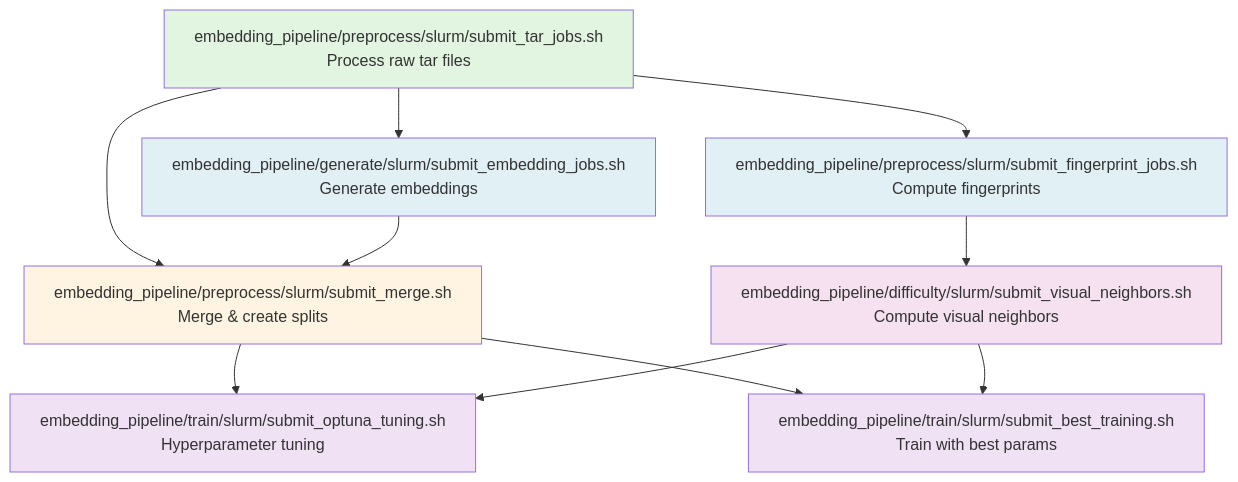
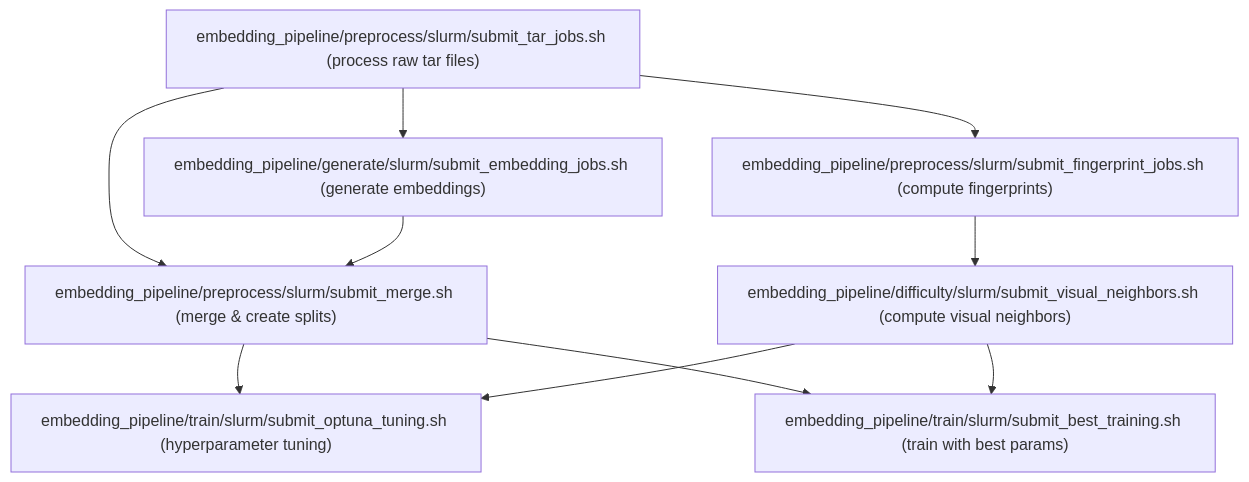
The diagram in README.md (alexwolson/spatial-building-embeddings), drawn with Mermaid before and after one commit. The commit also changed other lines of this file and 36 other files, not shown here.

````diff
--- a/README.md
+++ b/README.md
@@ -31,35 +39,27 @@
 ```mermaid
 flowchart TD
-    A[embedding_pipeline/preprocess/slurm/submit_tar_jobs.sh<br/>Process raw tar files]
+    A["embedding_pipeline/preprocess/slurm/submit_tar_jobs.sh (process raw tar files)"]
     
-    B[embedding_pipeline/preprocess/slurm/submit_fingerprint_jobs.sh<br/>Compute fingerprints]
-    C[embedding_pipeline/generate/slurm/submit_embedding_jobs.sh<br/>Generate embeddings]
+    B["embedding_pipeline/preprocess/slurm/submit_fingerprint_jobs.sh (compute fingerprints)"]
+    C["embedding_pipeline/generate/slurm/submit_embedding_jobs.sh (generate embeddings)"]
     
-    D[embedding_pipeline/preprocess/slurm/submit_merge.sh<br/>Merge & create splits]
+    D["embedding_pipeline/preprocess/slurm/submit_merge.sh (merge & create splits)"]
     
-    E[embedding_pipeline/difficulty/slurm/submit_visual_neighbors.sh<br/>Compute visual neighbors]
+    E["embedding_pipeline/difficulty/slurm/submit_visual_neighbors.sh (compute visual neighbors)"]
     
-    F[embedding_pipeline/train/slurm/submit_optuna_tuning.sh<br/>Hyperparameter tuning]
-    G[embedding_pipeline/train/slurm/submit_best_training.sh<br/>Train with best params]
+    F["embedding_pipeline/train/slurm/submit_optuna_tuning.sh (hyperparameter tuning)"]
+    G["embedding_pipeline/train/slurm/submit_best_training.sh (train with best params)"]
     
     A --> B
     A --> C
     A --> D
     C --> D
     
     B --> E
     
     D --> F
     D --> G
     
     E --> F
     E --> G
-    
-    style A fill:#e1f5e1
-    style B fill:#e1f0f5
-    style C fill:#e1f0f5
-    style D fill:#fff4e1
-    style E fill:#f5e1f0
-    style F fill:#f0e1f5
-    style G fill:#f0e1f5
 ```
````
